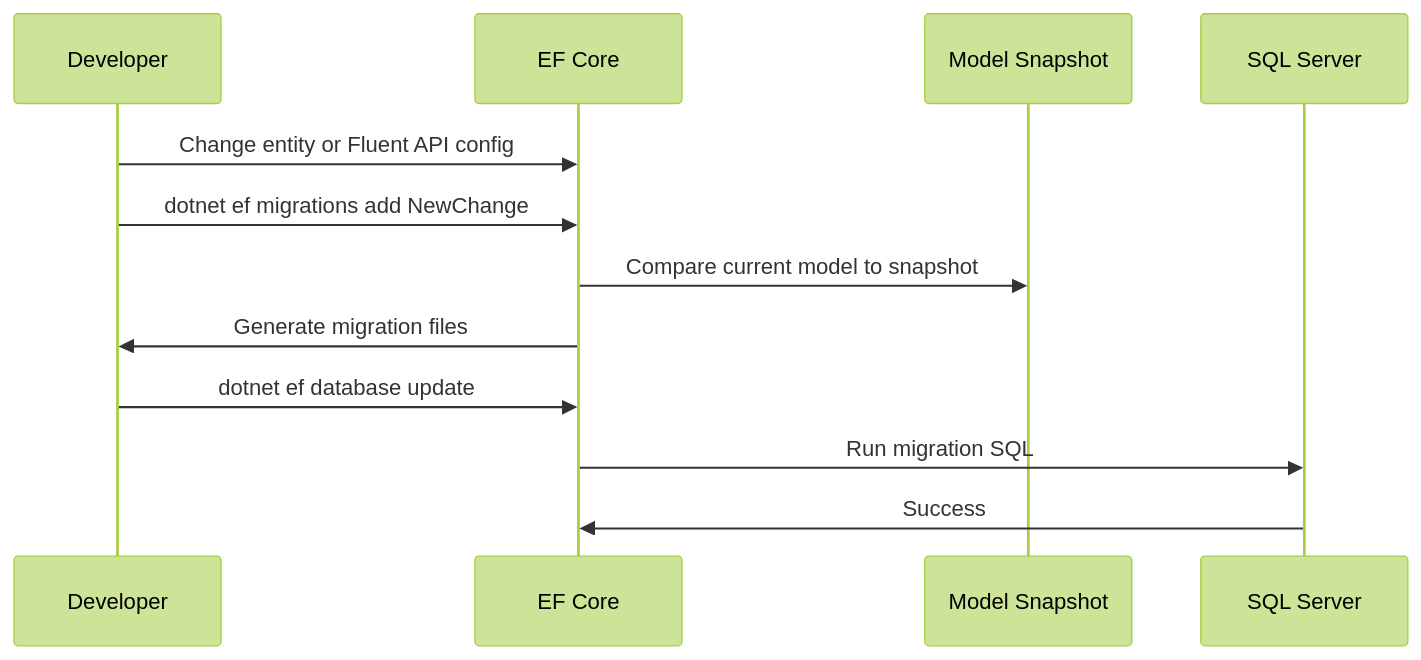
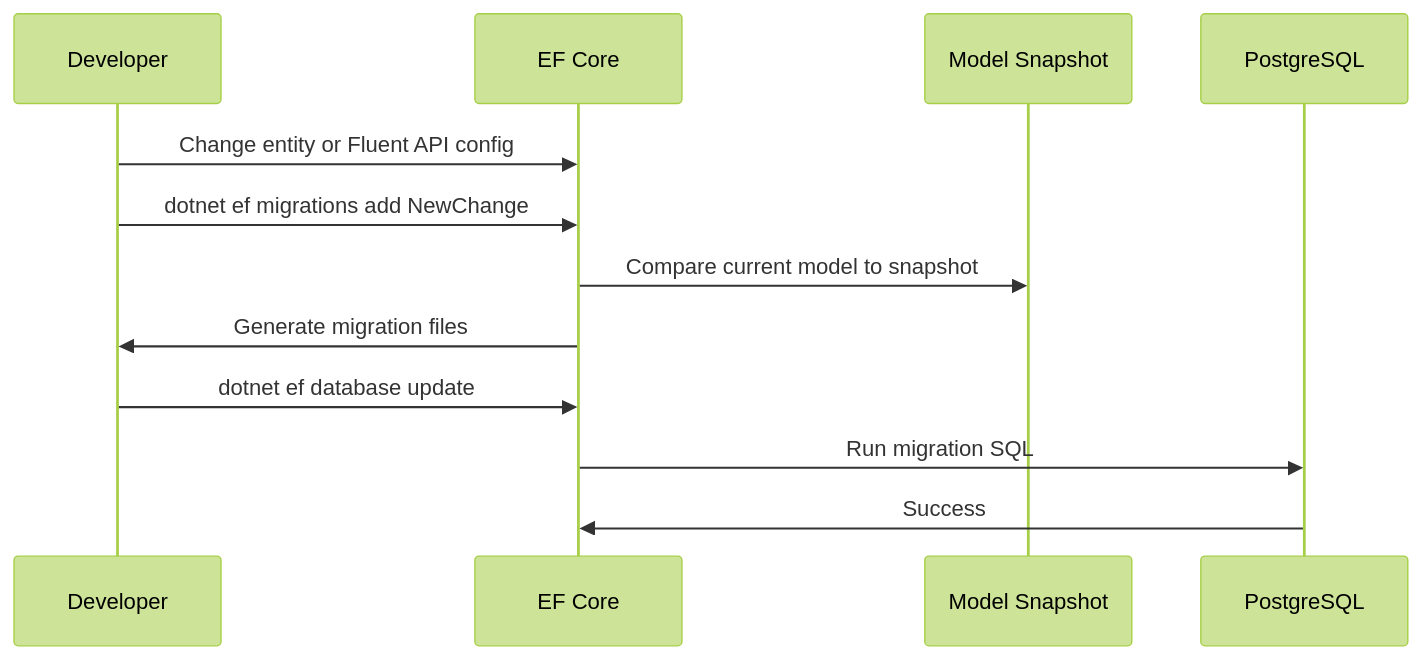
The second of 4 diagrams in project-docs/workflows.md (austinkn123/BudgetTracker), drawn with Mermaid (forest theme) before and after one commit. The commit also changed 9 other files, not shown here.

````diff
--- a/project-docs/workflows.md
+++ b/project-docs/workflows.md
@@ -27,15 +27,15 @@
 ```mermaid
 sequenceDiagram
     participant Dev as Developer
     participant EF as EF Core
     participant Snap as Model Snapshot
-    participant Db as SQL Server
+    participant Db as PostgreSQL
 
     Dev->>EF: Change entity or Fluent API config
     Dev->>EF: dotnet ef migrations add NewChange
     EF->>Snap: Compare current model to snapshot
     EF->>Dev: Generate migration files
     Dev->>EF: dotnet ef database update
     EF->>Db: Run migration SQL
     Db->>EF: Success
 ```
````
